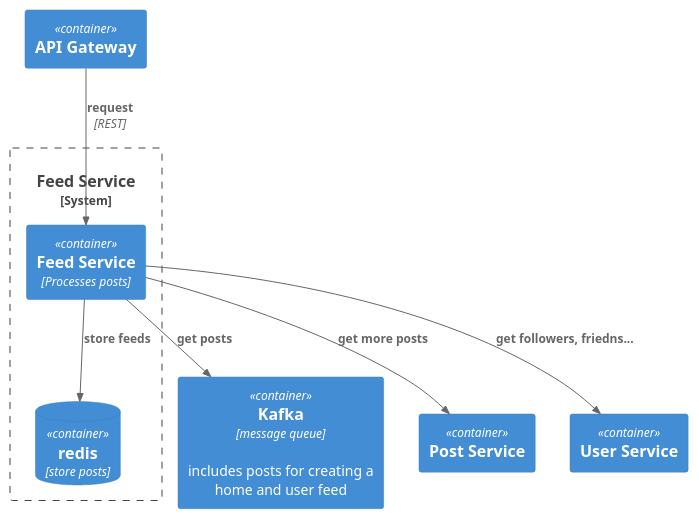
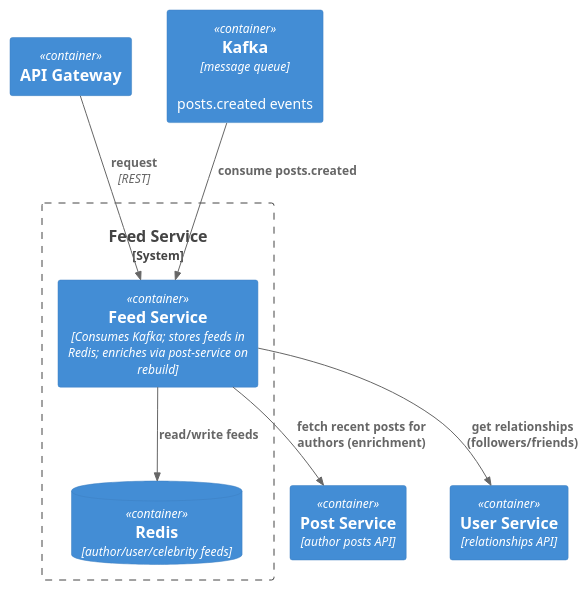
Before and after one commit to MisyuraIlya/social_network_system_design: the second of 7 diagrams in architecture/README.md, drawn with PlantUML. The commit also changed other lines of this file and 17 other files, not shown here.

```diff
--- a/architecture/README.md
+++ b/architecture/README.md
@@ -365,21 +362,19 @@
 @startuml
 !include <C4/C4_Container>
 
 Container(apiGateway, "API Gateway")
-Container(kafka, "Kafka", "message queue", "includes posts for creating a home and user feed")
-Container(postService, "Post Service", "")
-Container(userService, "User Service", "")
+Container(kafka, "Kafka", "message queue", "posts.created events")
+Container(postService, "Post Service", "author posts API")
+Container(userService, "User Service", "relationships API")
 
 System_Boundary(feedSystem, "Feed Service") {
-    Container(feedService, "Feed Service", "Processes posts")
-    ContainerDb(redis, "redis", "store posts")
+    Container(feedService, "Feed Service", "Consumes Kafka; stores feeds in Redis; enriches via post-service on rebuild")
+    ContainerDb(redis, "Redis", "author/user/celebrity feeds")
 }
 
 Rel(apiGateway, feedService, "request", "REST")
-Rel(feedService, redis, "store feeds")
-Rel(feedService, kafka, "get posts")
-Rel(feedService, postService, "get more posts")
-Rel(feedService, userService, "get followers, friedns...")
-
-
+Rel(kafka, feedService, "consume posts.created")
+Rel(feedService, redis, "read/write feeds")
+Rel(feedService, userService, "get relationships (followers/friends)")
+Rel(feedService, postService, "fetch recent posts for authors (enrichment)")
 @enduml
```
